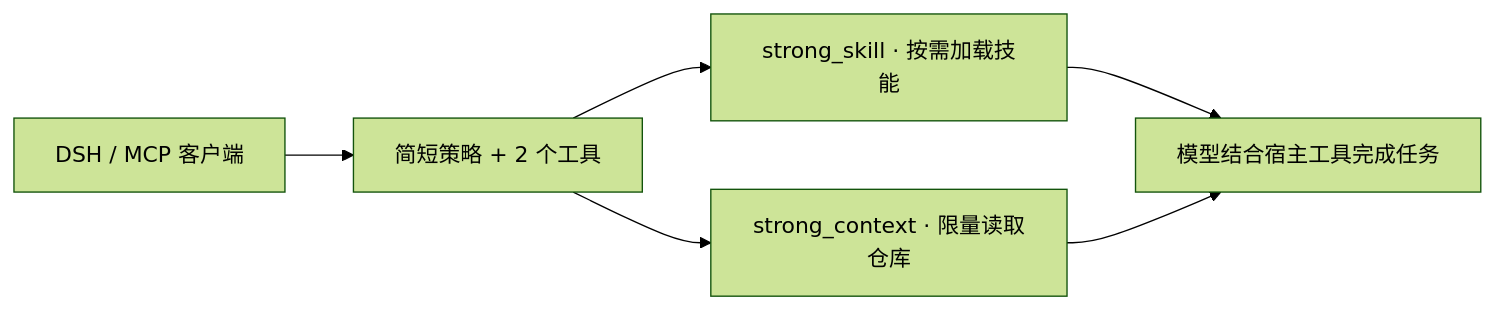
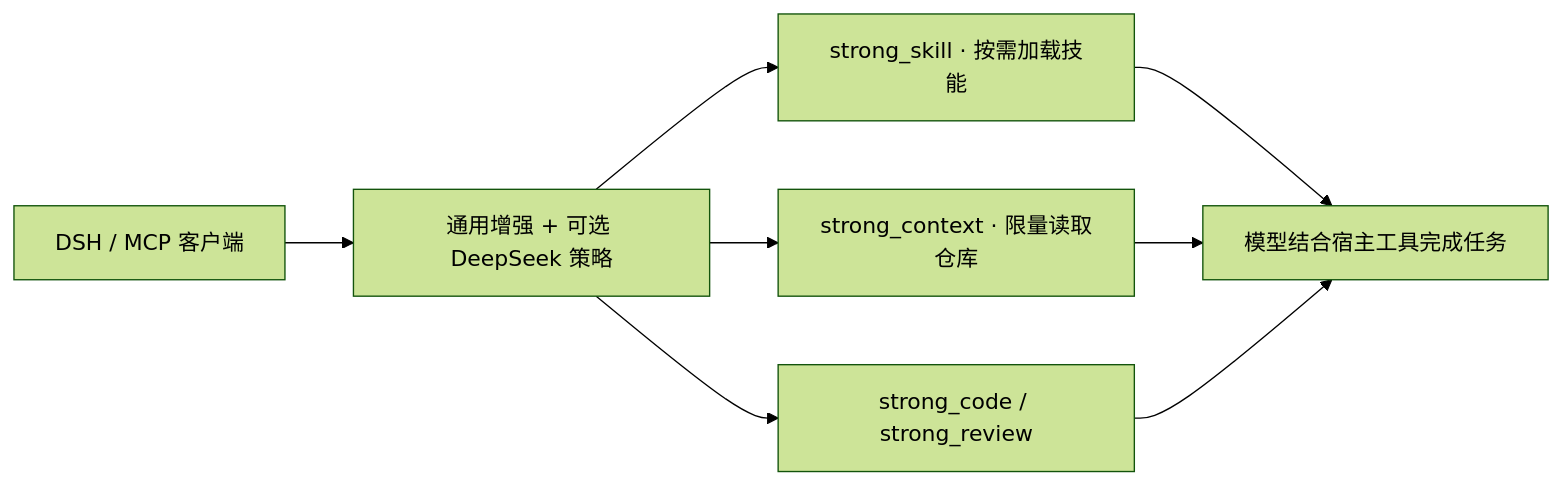
One commit to wemebabo57-a11y/dsh-mcp-strong-and-skills changed the diagram in README.md. Above: the diagram before and after it, drawn with Mermaid (forest theme). The commit also changed other lines of this file and 31 other files, not shown here.

First line of the commit message:
feat: universal coding enhancement, DeepSeek playbooks and live settings

````diff
--- a/README.md
+++ b/README.md
@@ -187,8 +228,10 @@
 ```mermaid
 flowchart LR
-    Host[DSH / MCP 客户端] --> Gateway[简短策略 + 2 个工具]
+    Host[DSH / MCP 客户端] --> Gateway[通用增强 + 可选 DeepSeek 策略]
     Gateway --> Skills[strong_skill · 按需加载技能]
     Gateway --> Context[strong_context · 限量读取仓库]
+    Gateway --> Code[strong_code / strong_review]
     Skills --> Model[模型结合宿主工具完成任务]
     Context --> Model
+    Code --> Model
 ```
````
